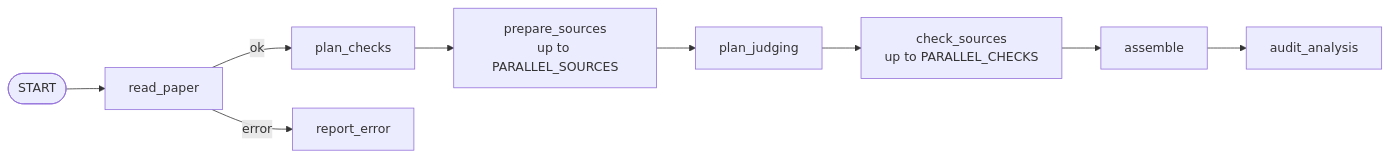
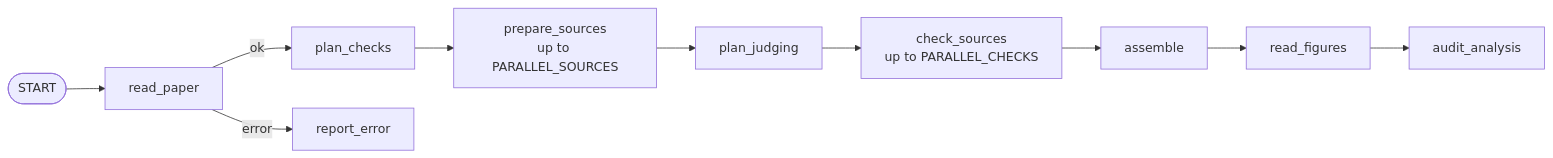
One commit to ZenithGeeks/SecretSource-prototype changed the fourth of 4 diagrams in ARCHITECTURE.md. Above: the diagram before and after it, drawn with Mermaid. The commit also changed other lines of this file and 9 other files, not shown here.

````diff
--- a/ARCHITECTURE.md
+++ b/ARCHITECTURE.md
@@ -193,11 +200,12 @@
 ```mermaid
 flowchart LR
     S(["START"]) --> RP["read_paper"]
     RP -->|ok| PC["plan_checks"]
     RP -->|error| RE["report_error"]
     PC --> PS["prepare_sources<br/>up to PARALLEL_SOURCES"]
     PS --> PJ["plan_judging"]
     PJ --> CS["check_sources<br/>up to PARALLEL_CHECKS"]
     CS --> AS["assemble"]
-    AS --> AU["audit_analysis"]
+    AS --> RF["read_figures"]
+    RF --> AU["audit_analysis"]
 ```
````
